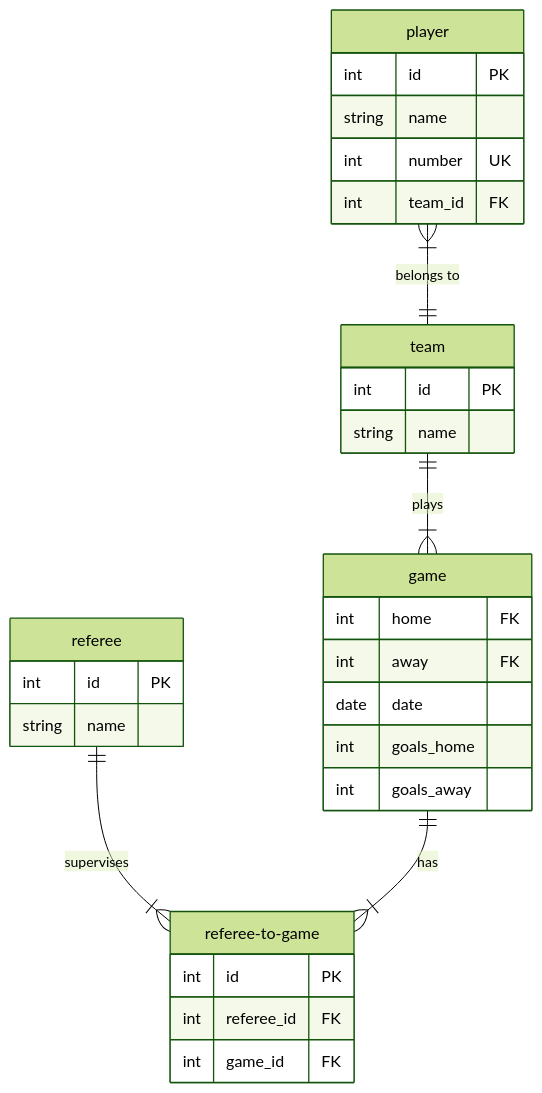
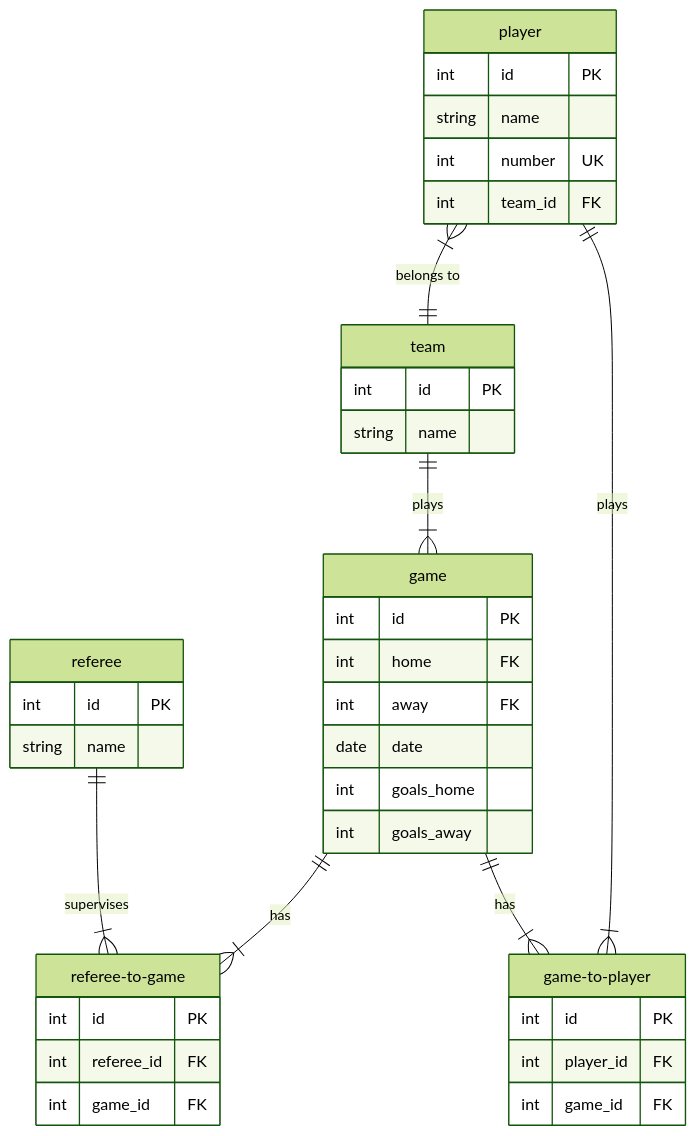
Before and after one commit to failpark/thws-datenbanken: the diagram in Bundesliga.md, drawn with Mermaid (forest theme).

Commit message:
fix: tertiary connection for game

````diff
--- a/Bundesliga.md
+++ b/Bundesliga.md
@@ -1,34 +1,43 @@
 ```mermaid
 erDiagram
 	player {
 		int id PK
 		string name
 		int number UK
 		int team_id FK
 	}
 	team {
 		int id PK
 		string name
 	}
 	referee {
 		int id PK
 		string name
 	}
 	referee-to-game {
 		int id PK
 		int referee_id FK
 		int game_id FK
 	}
 	game {
+		int id PK
 		int home FK
 		int away FK
 		date date
 		int goals_home
 		int goals_away
 	}
 
+	game-to-player {
+		int id PK
+		int player_id FK
+		int game_id FK
+	}
+
 	player }|--|| team: "belongs to"
 	referee ||--|{ referee-to-game: "supervises"
 	game ||--|{ referee-to-game: "has"
 	team ||--|{ game :"plays"
+	game ||--|{ game-to-player :"has"
+	player ||--|{ game-to-player :"plays"
 ```
````
